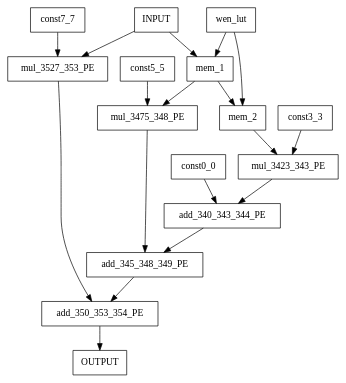
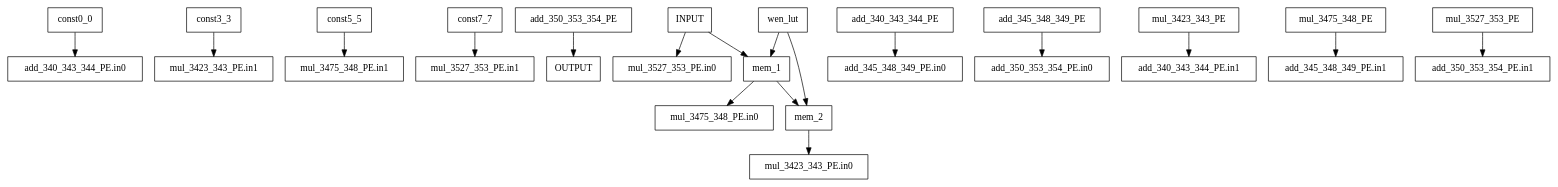
One commit to akashlevy/CGRAGenerator changed the diagram in bitstream/bsbuilder/testdir/examples/conv_3_1_mapped.dot. Above: the diagram before and after it, drawn with Graphviz. The commit also changed 16 other files, not shown here.

```diff
--- a/bitstream/bsbuilder/testdir/examples/conv_3_1_mapped.dot
+++ b/bitstream/bsbuilder/testdir/examples/conv_3_1_mapped.dot
@@ -1,20 +1,20 @@
 digraph Diagram {
   node [shape=box]; # Comment
-    "const0_0" -> "add_340_343_344_PE";
-    "const3_3" -> "mul_3423_343_PE";
-    "const5_5" -> "mul_3475_348_PE";
-    "const7_7" -> "mul_3527_353_PE";
+    "const0_0" -> "add_340_343_344_PE.in0";
+    "const3_3" -> "mul_3423_343_PE.in1";
+    "const5_5" -> "mul_3475_348_PE.in1";
+    "const7_7" -> "mul_3527_353_PE.in1";
     "add_350_353_354_PE" -> "OUTPUT";
     "INPUT" -> "mem_1"; # fifo_depth 10
-    "INPUT" -> "mul_3527_353_PE";
+    "INPUT" -> "mul_3527_353_PE.in0";
     "mem_1" -> "mem_2"; # fifo_depth 10
-    "mem_1" -> "mul_3475_348_PE";
+    "mem_1" -> "mul_3475_348_PE.in0";
     "wen_lut" -> "mem_1";
-    "mem_2" -> "mul_3423_343_PE";
+    "mem_2" -> "mul_3423_343_PE.in0";
     "wen_lut" -> "mem_2";
-    "add_340_343_344_PE" -> "add_345_348_349_PE";
-    "add_345_348_349_PE" -> "add_350_353_354_PE";
-    "mul_3423_343_PE" -> "add_340_343_344_PE";
-    "mul_3475_348_PE" -> "add_345_348_349_PE";
-    "mul_3527_353_PE" -> "add_350_353_354_PE";
+    "add_340_343_344_PE" -> "add_345_348_349_PE.in0";
+    "add_345_348_349_PE" -> "add_350_353_354_PE.in0";
+    "mul_3423_343_PE" -> "add_340_343_344_PE.in1";
+    "mul_3475_348_PE" -> "add_345_348_349_PE.in1";
+    "mul_3527_353_PE" -> "add_350_353_354_PE.in1";
 }
```
